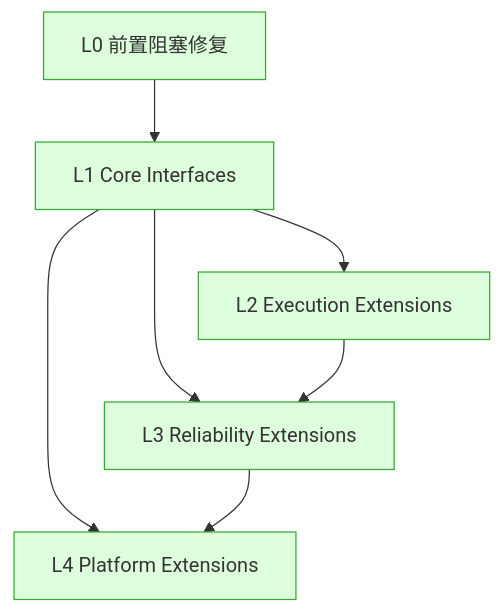
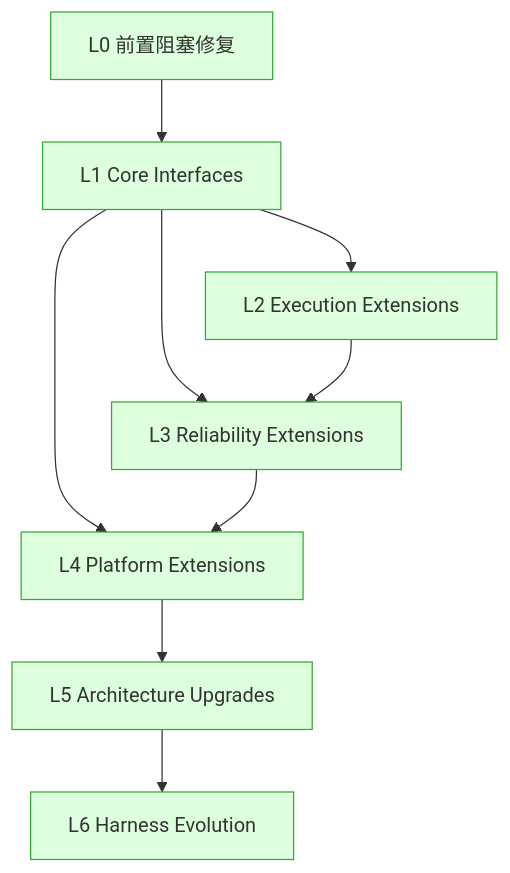
Before and after one commit to entropy-cloud/nop-entropy: the diagram in ai-dev/design/nop-ai-agent/nop-ai-agent-roadmap.md, drawn with Mermaid. The commit also changed other lines of this file and 4 other files, not shown here.

First line of the commit message:
docs(ai): plan-2026-08-02-0650 harness evolution 文档收口（L6 Phase Status + 设计文档漂移修复）

````diff
--- a/ai-dev/design/nop-ai-agent/nop-ai-agent-roadmap.md
+++ b/ai-dev/design/nop-ai-agent/nop-ai-agent-roadmap.md
@@ -68,21 +73,27 @@
 ```mermaid
 graph TD
     L0["L0 前置阻塞修复"]
     L1["L1 Core Interfaces"]
     L2["L2 Execution Extensions"]
     L3["L3 Reliability Extensions"]
     L4["L4 Platform Extensions"]
+    L5["L5 Architecture Upgrades"]
+    L6["L6 Harness Evolution"]
 
     L0 --> L1
     L1 --> L2
     L1 --> L3
     L2 --> L3
     L1 --> L4
     L3 --> L4
+    L4 --> L5
+    L5 --> L6
 
     style L0 fill:#dfd,stroke:#3a3
     style L1 fill:#dfd,stroke:#3a3
     style L2 fill:#dfd,stroke:#3a3
     style L3 fill:#dfd,stroke:#3a3
     style L4 fill:#dfd,stroke:#3a3
+    style L5 fill:#dfd,stroke:#3a3
+    style L6 fill:#dfd,stroke:#3a3
 ```
````
